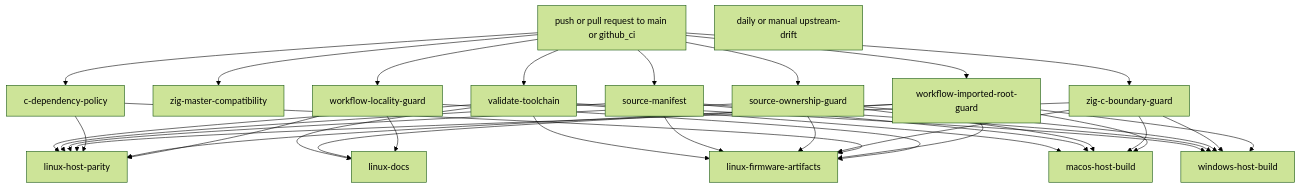
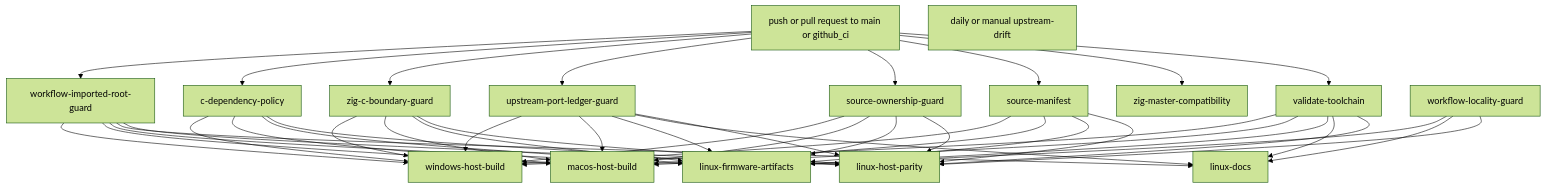
The diagram in zig_docs/60-ci-and-release-workflow.md (ppigazzini/z47), drawn with Mermaid (forest theme) before and after one commit. The commit also changed other lines of this file and 7 other files, not shown here.

First line of the commit message:
ci: track upstream pin triage ledger

````diff
--- a/zig_docs/60-ci-and-release-workflow.md
+++ b/zig_docs/60-ci-and-release-workflow.md
@@ -21,54 +21,62 @@
 ```mermaid
 flowchart TD
   A[push or pull request to main or github_ci]
   B[validate-toolchain]
   C[zig-master-compatibility]
   D[source-manifest]
   E[source-ownership-guard]
-  F[zig-c-boundary-guard]
-  G[c-dependency-policy]
-  H[workflow-imported-root-guard]
-  I[workflow-locality-guard]
-  J[linux-host-parity]
-  K[linux-docs]
-  L[linux-firmware-artifacts]
-  M[macos-host-build]
-  N[windows-host-build]
-  O[daily or manual upstream-drift]
+  F[upstream-port-ledger-guard]
+  G[zig-c-boundary-guard]
+  H[c-dependency-policy]
+  I[workflow-imported-root-guard]
+  J[workflow-locality-guard]
+  K[linux-host-parity]
+  L[linux-docs]
+  M[linux-firmware-artifacts]
+  N[macos-host-build]
+  O[windows-host-build]
+  P[daily or manual upstream-drift]
 
   A --> B
   A --> C
   A --> D
   A --> E
   A --> F
   A --> G
   A --> H
   A --> I
-  B --> J
-  D --> J
-  E --> J
-  F --> J
-  G --> J
-  H --> J
-  I --> J
+  J --> K
   B --> K
+  D --> K
+  E --> K
+  F --> K
+  G --> K
   H --> K
   I --> K
   B --> L
-  D --> L
-  E --> L
   F --> L
-  G --> L
-  H --> L
   I --> L
+  J --> L
   B --> M
   D --> M
   E --> M
   F --> M
+  G --> M
   H --> M
+  I --> M
+  J --> M
   B --> N
   D --> N
   E --> N
   F --> N
+  G --> N
   H --> N
+  I --> N
+  B --> O
+  D --> O
+  E --> O
+  F --> O
+  G --> O
+  H --> O
+  I --> O
 ```
````
